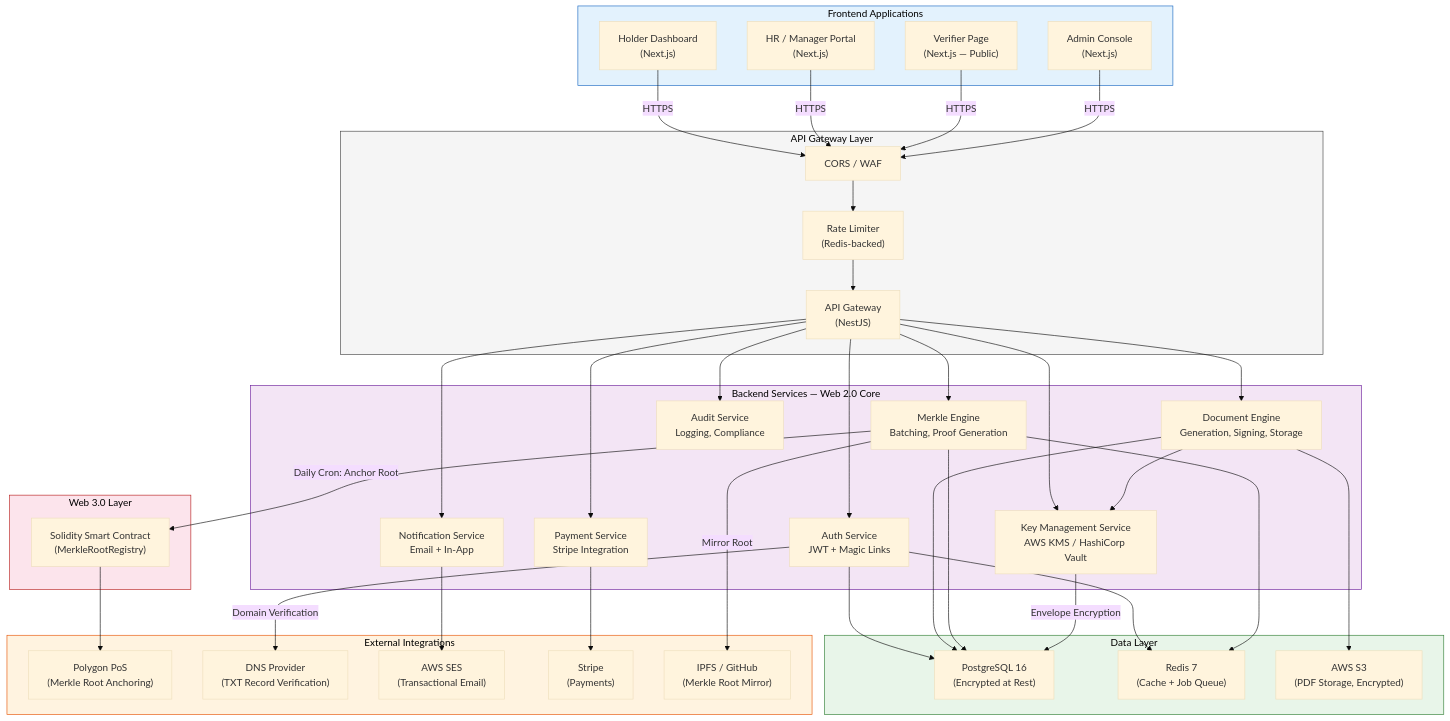
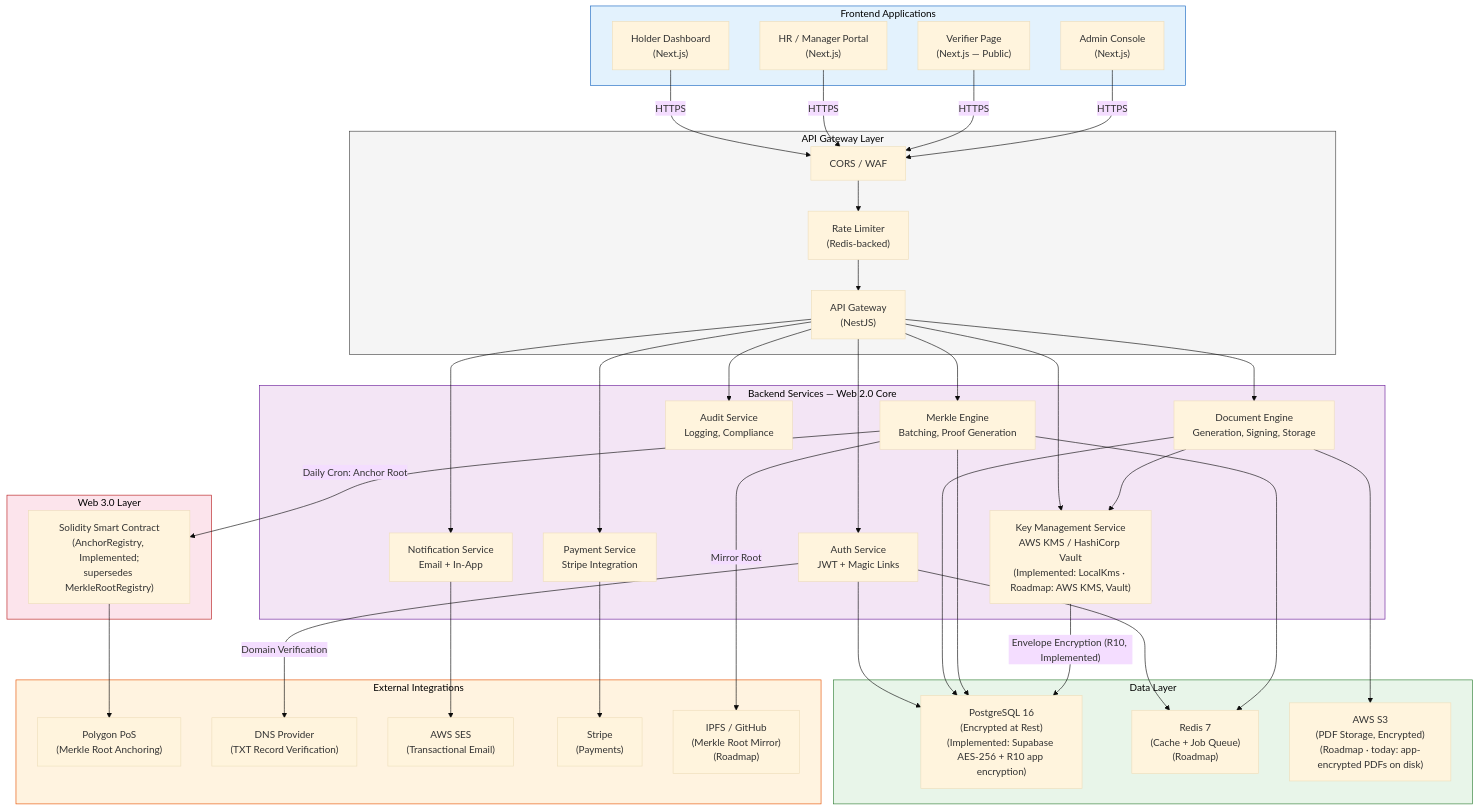
The first of 10 diagrams in documentation/ProposedSystemModel_TechnologyStack.md (localhostwastaken/CareerVault), drawn with Mermaid (base theme) before and after one commit. The commit also changed other lines of this file and 1 other file, not shown here.

First line of the commit message:
docs(design): mark implemented vs roadmap in the investor and tech-stack specs

````diff
--- a/documentation/ProposedSystemModel_TechnologyStack.md
+++ b/documentation/ProposedSystemModel_TechnologyStack.md
@@ -74,80 +87,80 @@
 ```mermaid
 flowchart TB
     subgraph Frontend["Frontend Applications"]
         HD["Holder Dashboard<br/>(Next.js)"]
         HRP["HR / Manager Portal<br/>(Next.js)"]
         VP["Verifier Page<br/>(Next.js — Public)"]
         AC["Admin Console<br/>(Next.js)"]
     end
 
     subgraph Gateway["API Gateway Layer"]
         AG["API Gateway<br/>(NestJS)"]
         RL["Rate Limiter<br/>(Redis-backed)"]
         CORS["CORS / WAF"]
     end
 
     subgraph Services["Backend Services — Web 2.0 Core"]
         AUTH["Auth Service<br/>JWT + Magic Links"]
         DOC["Document Engine<br/>Generation, Signing, Storage"]
         MERKLE["Merkle Engine<br/>Batching, Proof Generation"]
         NOTIFY["Notification Service<br/>Email + In-App"]
         PAY["Payment Service<br/>Stripe Integration"]
-        KMS_SVC["Key Management Service<br/>AWS KMS / HashiCorp Vault"]
+        KMS_SVC["Key Management Service<br/>AWS KMS / HashiCorp Vault<br/>(Implemented: LocalKms · Roadmap: AWS KMS, Vault)"]
         AUDIT["Audit Service<br/>Logging, Compliance"]
     end
 
     subgraph Data["Data Layer"]
-        PG["PostgreSQL 16<br/>(Encrypted at Rest)"]
-        REDIS["Redis 7<br/>(Cache + Job Queue)"]
-        S3["AWS S3<br/>(PDF Storage, Encrypted)"]
+        PG["PostgreSQL 16<br/>(Encrypted at Rest)<br/>(Implemented: Supabase AES-256 + R10 app encryption)"]
+        REDIS["Redis 7<br/>(Cache + Job Queue)<br/>(Roadmap)"]
+        S3["AWS S3<br/>(PDF Storage, Encrypted)<br/>(Roadmap · today: app-encrypted PDFs on disk)"]
     end
 
     subgraph External["External Integrations"]
         POLYGON["Polygon PoS<br/>(Merkle Root Anchoring)"]
         DNS["DNS Provider<br/>(TXT Record Verification)"]
         SES["AWS SES<br/>(Transactional Email)"]
         STRIPE["Stripe<br/>(Payments)"]
-        IPFS_GH["IPFS / GitHub<br/>(Merkle Root Mirror)"]
+        IPFS_GH["IPFS / GitHub<br/>(Merkle Root Mirror)<br/>(Roadmap)"]
     end
 
     subgraph Blockchain["Web 3.0 Layer"]
-        SC["Solidity Smart Contract<br/>(MerkleRootRegistry)"]
+        SC["Solidity Smart Contract<br/>(AnchorRegistry, Implemented;<br/>supersedes MerkleRootRegistry)"]
         POLYGON
     end
 
     HD & HRP & VP & AC -->|HTTPS| CORS
     CORS --> RL
     RL --> AG
 
     AG --> AUTH
     AG --> DOC
     AG --> MERKLE
     AG --> NOTIFY
     AG --> PAY
     AG --> KMS_SVC
     AG --> AUDIT
 
     AUTH --> PG
     AUTH --> REDIS
     DOC --> PG
     DOC --> S3
     DOC --> KMS_SVC
     MERKLE --> PG
     MERKLE --> REDIS
     NOTIFY --> SES
     PAY --> STRIPE
-    KMS_SVC -->|"Envelope Encryption"| PG
+    KMS_SVC -->|"Envelope Encryption (R10, Implemented)"| PG
 
     MERKLE -->|"Daily Cron: Anchor Root"| SC
     SC --> POLYGON
     MERKLE -->|"Mirror Root"| IPFS_GH
 
     AUTH -->|"Domain Verification"| DNS
 
     style Frontend fill:#e3f2fd,stroke:#1565c0,color:#000
     style Services fill:#f3e5f5,stroke:#6a1b9a,color:#000
     style Data fill:#e8f5e9,stroke:#2e7d32,color:#000
     style External fill:#fff3e0,stroke:#e65100,color:#000
     style Blockchain fill:#fce4ec,stroke:#b71c1c,color:#000
     style Gateway fill:#f5f5f5,stroke:#424242,color:#000
 ```
````
